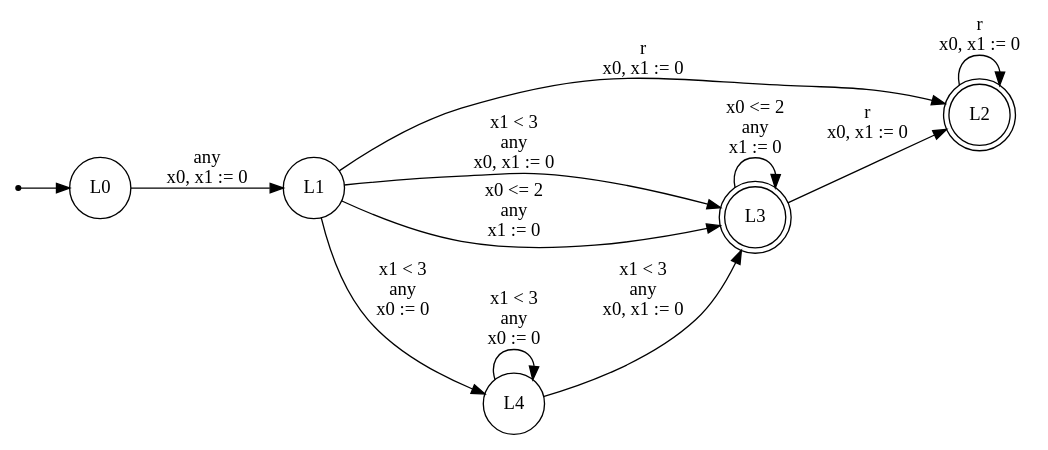
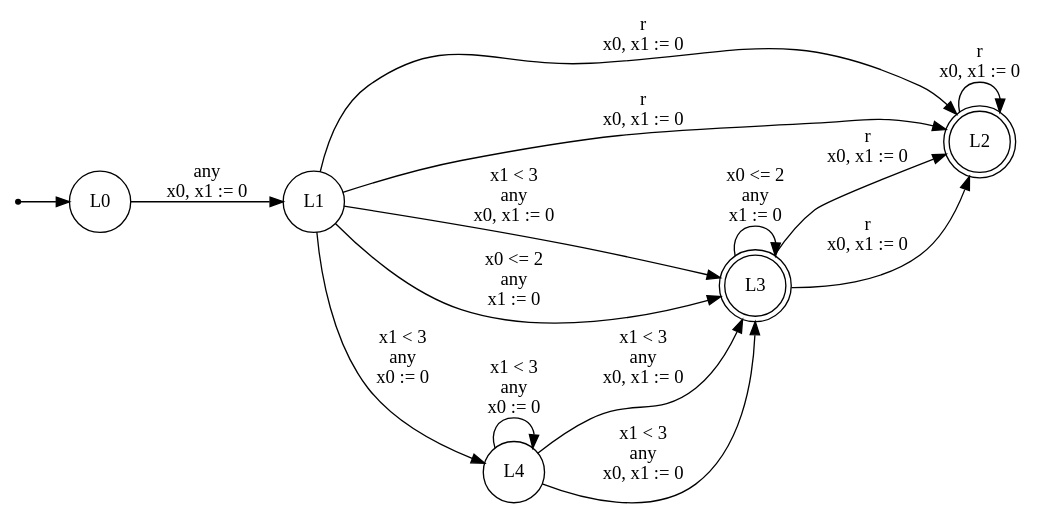
Before and after one commit to efares1/rocq-mtl-to-tba-translation: the diagram in evaluation/compile_dot_random/X63.dot, drawn with Graphviz. The commit also changed 105 other files, not shown here.

```diff
--- a/evaluation/compile_dot_random/X63.dot
+++ b/evaluation/compile_dot_random/X63.dot
@@ -1,21 +1,24 @@
 digraph TBA {
   rankdir=LR;
   node [shape=circle];
   init [shape=point];
   init -> L0;
   L0 [shape=circle, label="L0"];
   L1 [shape=circle, label="L1"];
   L2 [shape=doublecircle, label="L2"];
   L3 [shape=doublecircle, label="L3"];
   L4 [shape=circle, label="L4"];
   L0 -> L1 [label="any\nx0, x1 := 0"];
   L1 -> L2 [label="r\nx0, x1 := 0"];
+  L1 -> L2 [label="r\nx0, x1 := 0"];
   L1 -> L3 [label="x1 < 3\nany\nx0, x1 := 0"];
   L1 -> L3 [label="x0 <= 2\nany\nx1 := 0"];
   L1 -> L4 [label="x1 < 3\nany\nx0 := 0"];
   L2 -> L2 [label="r\nx0, x1 := 0"];
   L3 -> L2 [label="r\nx0, x1 := 0"];
+  L3 -> L2 [label="r\nx0, x1 := 0"];
   L3 -> L3 [label="x0 <= 2\nany\nx1 := 0"];
+  L4 -> L3 [label="x1 < 3\nany\nx0, x1 := 0"];
   L4 -> L3 [label="x1 < 3\nany\nx0, x1 := 0"];
   L4 -> L4 [label="x1 < 3\nany\nx0 := 0"];
 }
```
